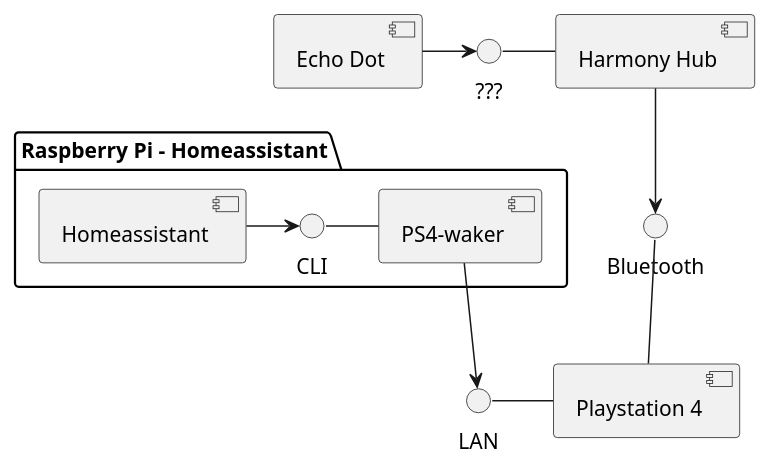
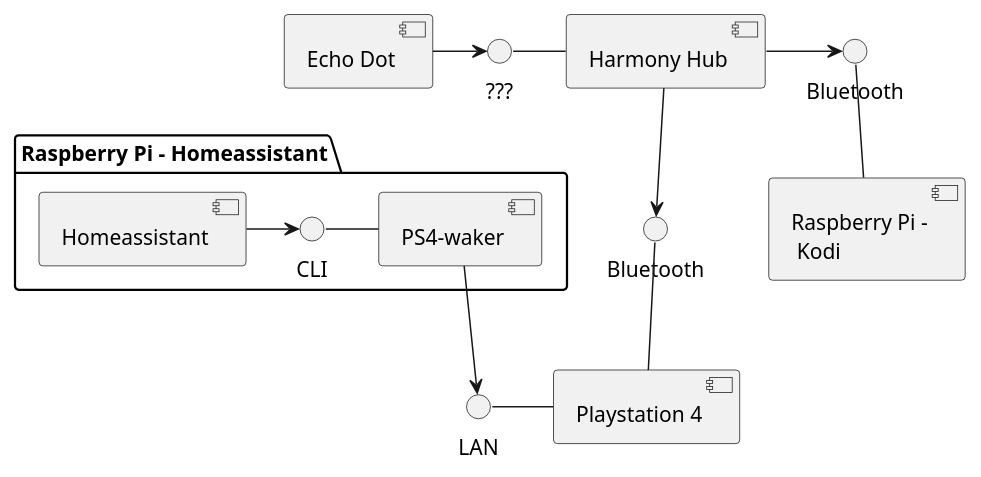
Before and after one commit to deeKay93/komunikationssysteme: the diagram in assets/uml/aufbau.wsd, drawn with PlantUML. The commit also changed 13 other files, not shown here.

```diff
--- a/assets/uml/aufbau.wsd
+++ b/assets/uml/aufbau.wsd
@@ -1,24 +1,28 @@
 @startuml Aufbau
 skinparam componentStyle uml2
 skinparam monochrome true
 
 interface "LAN" as lanPs4
 interface "Bluetooth" as btPs4
+interface "Bluetooth" as btKodi
 interface "???" as harmonyIn
 
 [Echo Dot] -> harmonyIn
 
 package "Raspberry Pi - Homeassistant" {
   interface "CLI" as cliPs4W
   [Homeassistant] -> cliPs4W
   cliPs4W - [PS4-waker]
 }
 
 lanPs4  - [Playstation 4]
 btPs4 -- [Playstation 4]
 [PS4-waker] --> lanPs4
 
 harmonyIn - [Harmony Hub]
 [Harmony Hub] --> btPs4
 
+[Harmony Hub] -> btKodi
+btKodi -- [Raspberry Pi -\n Kodi]
+
 @enduml
```
